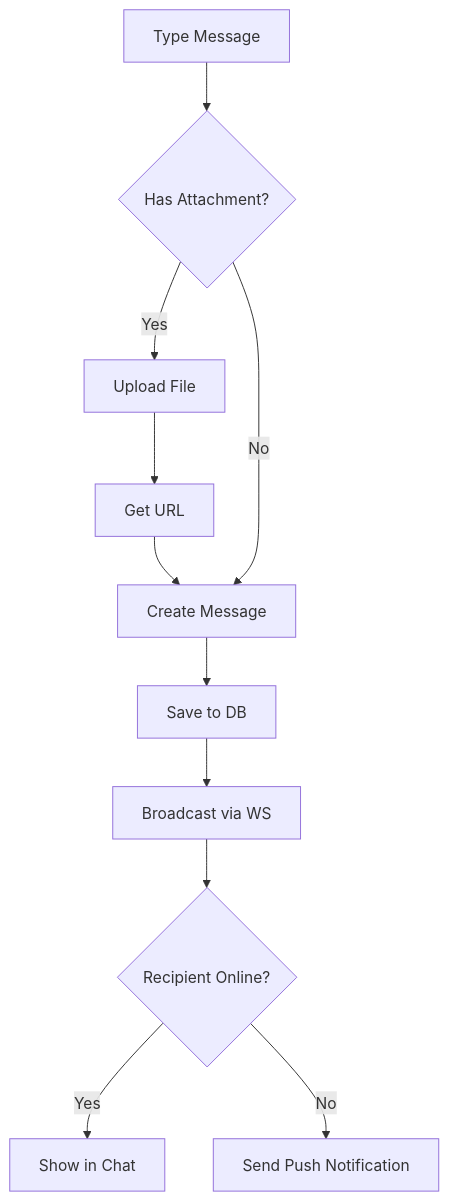
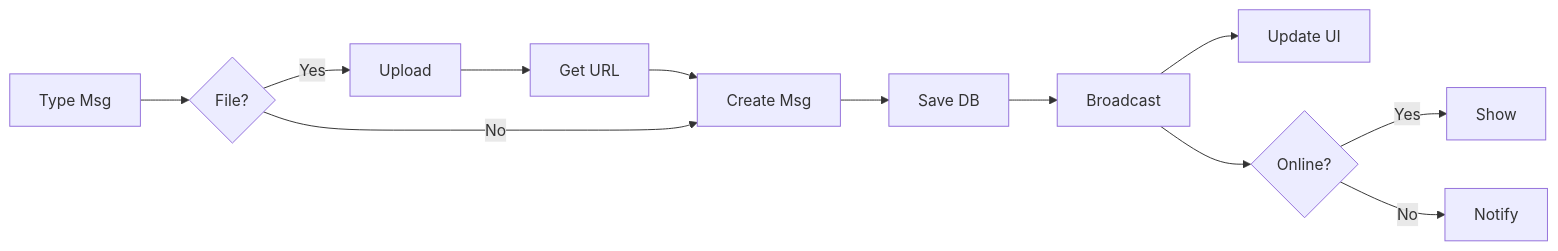
Before and after one commit to coded-with-aryan0426/gym-management-system-fullstack: the tenth of 14 diagrams in docs/workflows.md, drawn with Mermaid. The commit also changed other lines of this file and 16 other files, not shown here.

````diff
--- a/docs/workflows.md
+++ b/docs/workflows.md
@@ -180,13 +190,14 @@
 ```mermaid
-flowchart TB
-    A[Type Message] --> B{Has Attachment?}
-    B -->|Yes| C[Upload File]
+flowchart LR
+    A[Type Msg] --> B{File?}
+    B -->|Yes| C[Upload]
     C --> D[Get URL]
-    D --> E[Create Message]
+    D --> E[Create Msg]
     B -->|No| E
-    E --> F[Save to DB]
-    F --> G[Broadcast via WS]
-    G --> H{Recipient Online?}
-    H -->|Yes| I[Show in Chat]
-    H -->|No| J[Send Push Notification]
+    E --> F[Save DB]
+    F --> G[Broadcast]
+    G --> H[Update UI]
+    G --> I{Online?}
+    I -->|Yes| J[Show]
+    I -->|No| K[Notify]
 ```
````
